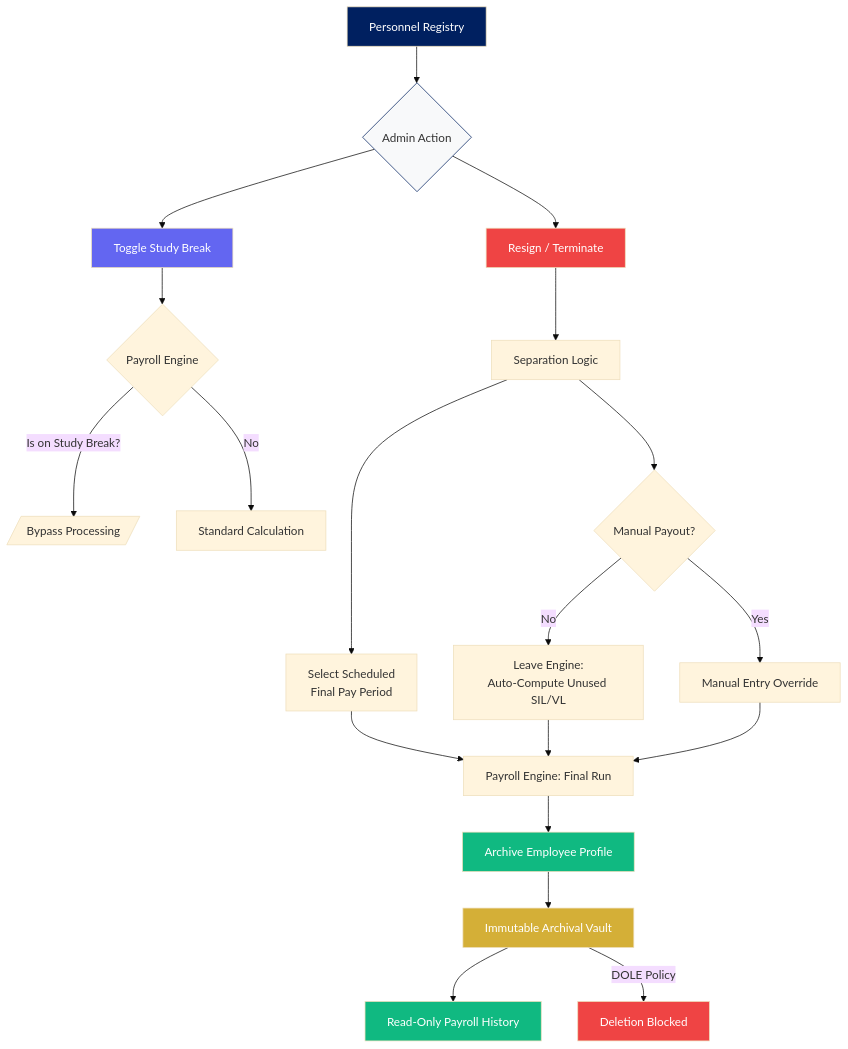
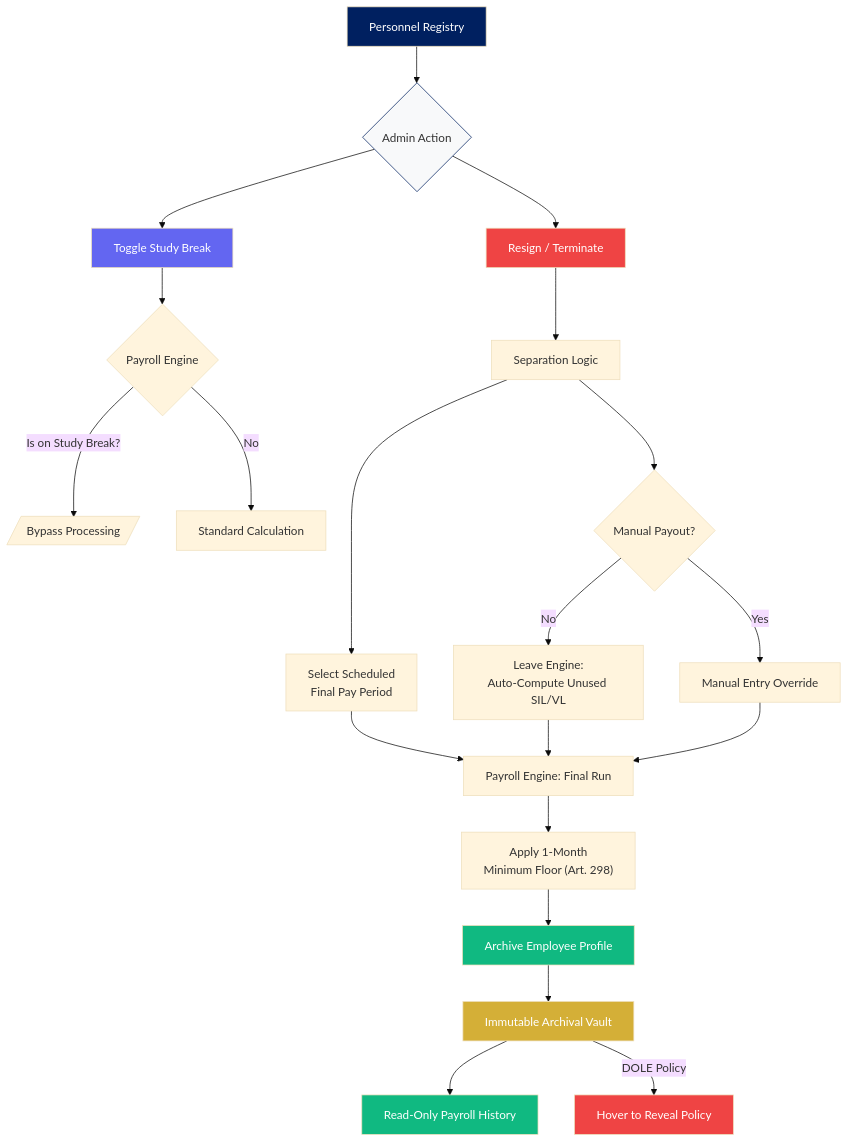
Before and after one commit to binssente-crypto/PAYROLL-DOCUMENTATION: diagram 11 of 21 in README.md, drawn with Mermaid (base theme). The commit also changed other lines of this file, not shown here.

````diff
--- a/README.md
+++ b/README.md
@@ -359,36 +401,37 @@
 ```mermaid
 flowchart TD
     REGISTRY[Personnel Registry] --> ACTION{Admin Action}
     
     ACTION --> STUDY[Toggle Study Break]
     STUDY --> PAY_GATE{Payroll Engine}
     PAY_GATE -- "Is on Study Break?" --> SKIP[/Bypass Processing/]
     PAY_GATE -- "No" --> PROC[Standard Calculation]
     
     ACTION --> SEP[Resign / Terminate]
     SEP --> DIALOG[Separation Logic]
     
     DIALOG --> PERIOD["Select Scheduled<br/>Final Pay Period"]
     DIALOG --> LEAVE{"Manual Payout?"}
     
     LEAVE -- No --> AUTO["Leave Engine:<br/>Auto-Compute Unused SIL/VL"]
     LEAVE -- Yes --> MANUAL["Manual Entry Override"]
     
     PERIOD --> ENGINE[Payroll Engine: Final Run]
     AUTO --> ENGINE
     MANUAL --> ENGINE
     
-    ENGINE --> ARCHIVE[Archive Employee Profile]
+    ENGINE --> FLOOR["Apply 1-Month<br/>Minimum Floor (Art. 298)"]
+    FLOOR --> ARCHIVE[Archive Employee Profile]
     ARCHIVE --> VAULT[Immutable Archival Vault]
     VAULT --> HISTORY[Read-Only Payroll History]
-    VAULT -- "DOLE Policy" --> PROTECT[Deletion Blocked]
+    VAULT -- "DOLE Policy" --> PROTECT[Hover to Reveal Policy]
 
     style REGISTRY fill:#002060,color:#fff
     style ACTION fill:#f8f9fa,stroke:#002060
     style STUDY fill:#6366f1,color:#fff
     style SEP fill:#ef4444,color:#fff
     style ARCHIVE fill:#10b981,color:#fff
     style VAULT fill:#D4AF37,color:#fff
     style PROTECT fill:#ef4444,color:#fff
     style HISTORY fill:#10b981,color:#fff
 ```
````
